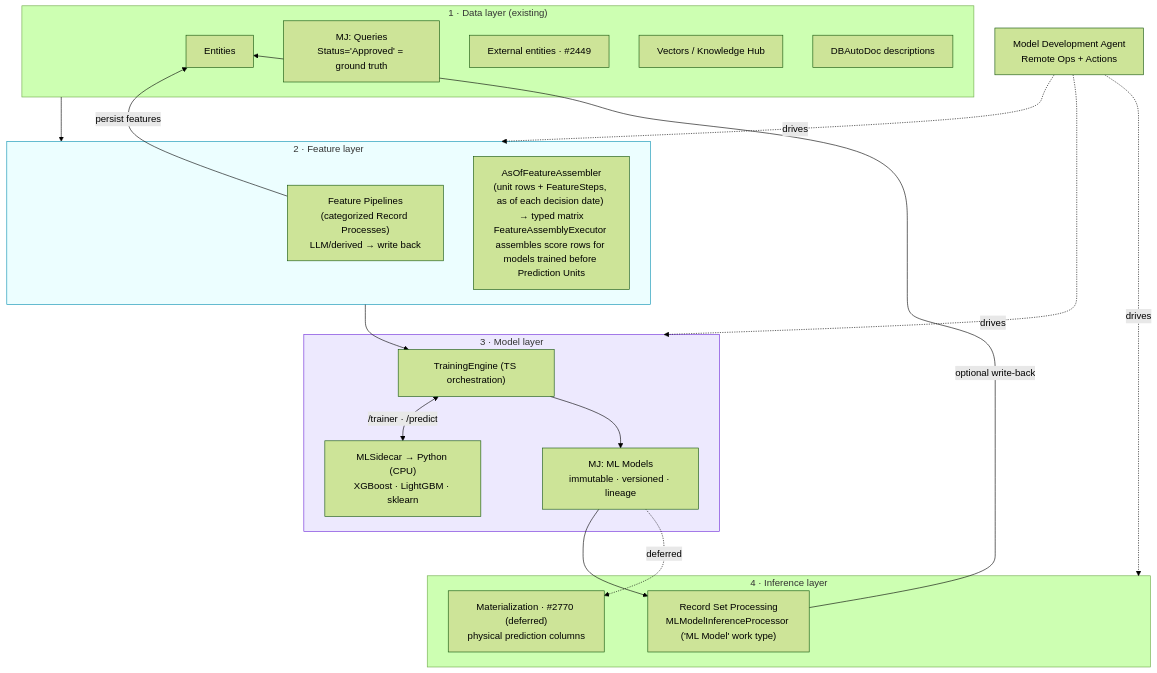
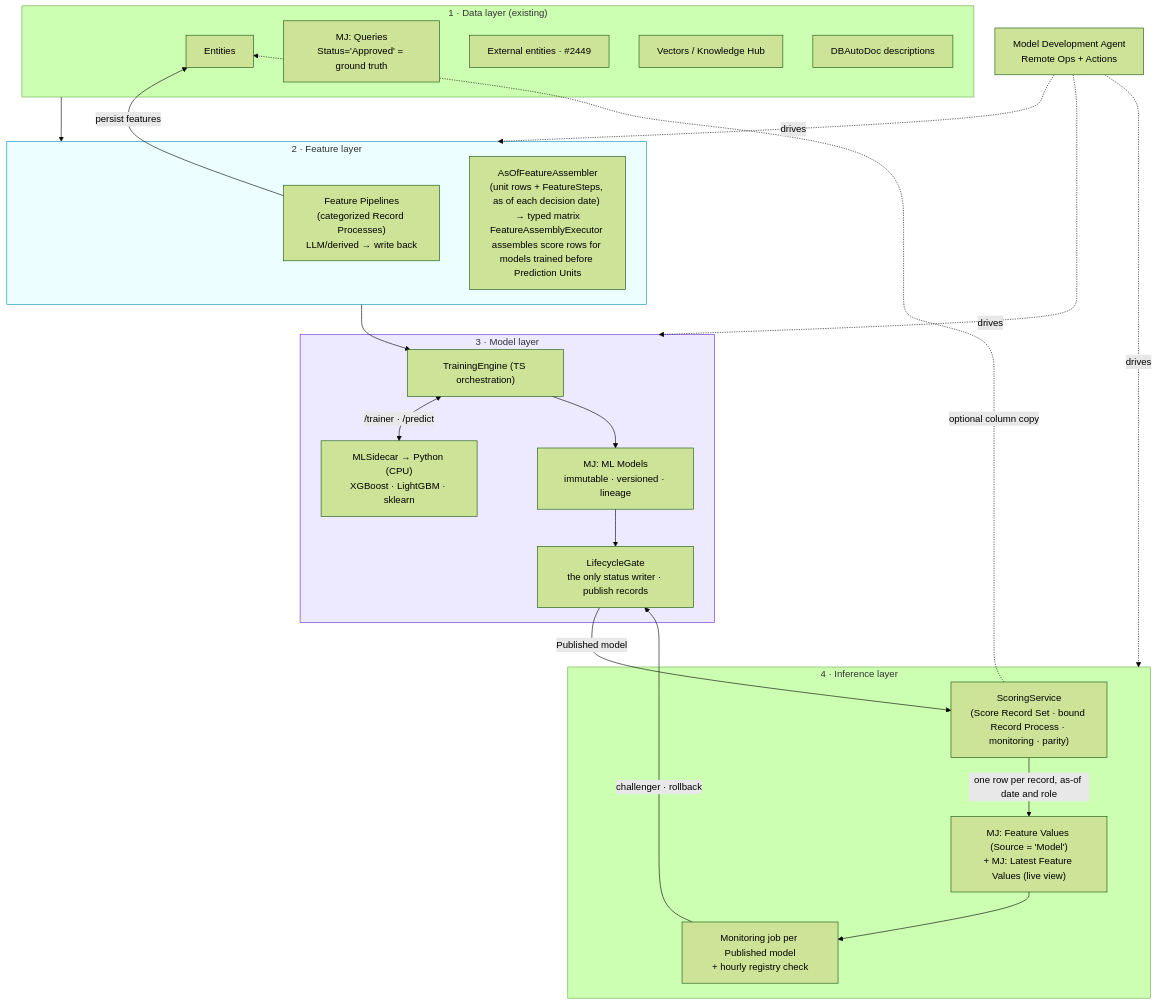
Before and after one commit to MemberJunction/MJ: the first of 13 diagrams in guides/PREDICTIVE_STUDIO_GUIDE.md, drawn with Mermaid (forest theme). The commit also changed other lines of this file and 1 other file, not shown here.

````diff
--- a/guides/PREDICTIVE_STUDIO_GUIDE.md
+++ b/guides/PREDICTIVE_STUDIO_GUIDE.md
@@ -78,34 +79,39 @@
 ```mermaid
 flowchart TB
     subgraph DATA["1 · Data layer (existing)"]
         E[Entities]
         Q["MJ: Queries<br/>Status='Approved' = ground truth"]
         EXT["External entities · #2449"]
         VEC[Vectors / Knowledge Hub]
         DOC[DBAutoDoc descriptions]
     end
     subgraph FEAT["2 · Feature layer"]
         FP["Feature Pipelines<br/>(categorized Record Processes)<br/>LLM/derived → write back"]
         FA["AsOfFeatureAssembler<br/>(unit rows + FeatureSteps, as of each decision date) → typed matrix<br/>FeatureAssemblyExecutor assembles score rows for models trained before Prediction Units"]
     end
     subgraph MODEL["3 · Model layer"]
         TRAIN["TrainingEngine (TS orchestration)"]
         SIDE["MLSidecar → Python (CPU)<br/>XGBoost · LightGBM · sklearn"]
         MM["MJ: ML Models<br/>immutable · versioned · lineage"]
+        GATE["LifecycleGate<br/>the only status writer · publish records"]
     end
     subgraph INFER["4 · Inference layer"]
-        RSP["Record Set Processing<br/>MLModelInferenceProcessor ('ML Model' work type)"]
-        MAT["Materialization · #2770 (deferred)<br/>physical prediction columns"]
+        SVC["ScoringService<br/>(Score Record Set · bound Record Process · monitoring · parity)"]
+        FV["MJ: Feature Values (Source = 'Model')<br/>+ MJ: Latest Feature Values (live view)"]
+        MON["Monitoring job per Published model<br/>+ hourly registry check"]
     end
     DATA --> FEAT
     FP -->|persist features| E
     FEAT --> TRAIN
     TRAIN <-->|"/trainer · /predict"| SIDE
     TRAIN --> MM
-    MM --> RSP
-    MM -.deferred.-> MAT
-    RSP -->|optional write-back| E
+    MM --> GATE
+    GATE -->|Published model| SVC
+    SVC -->|one row per record, as-of date and role| FV
+    SVC -.optional column copy.-> E
+    FV --> MON
+    MON -->|challenger · rollback| GATE
     AGENT["Model Development Agent<br/>Remote Ops + Actions"] -.drives.-> FEAT & MODEL & INFER
     style FEAT fill:#ecfeff,stroke:#0891b2
     style MODEL fill:#ede9fe,stroke:#6d28d9
 ```
````
